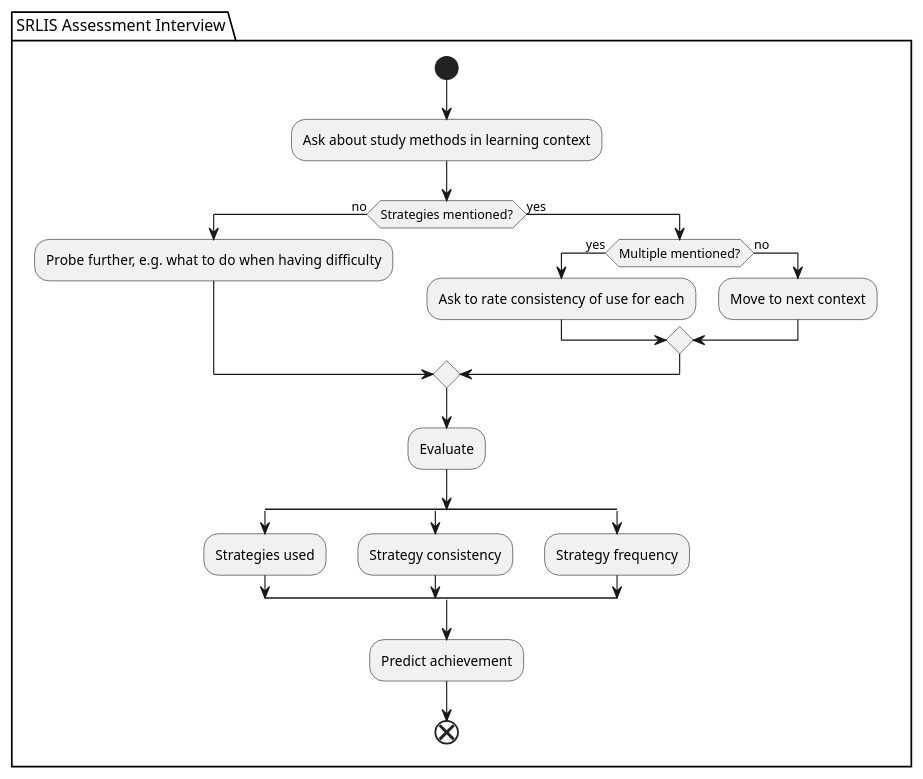
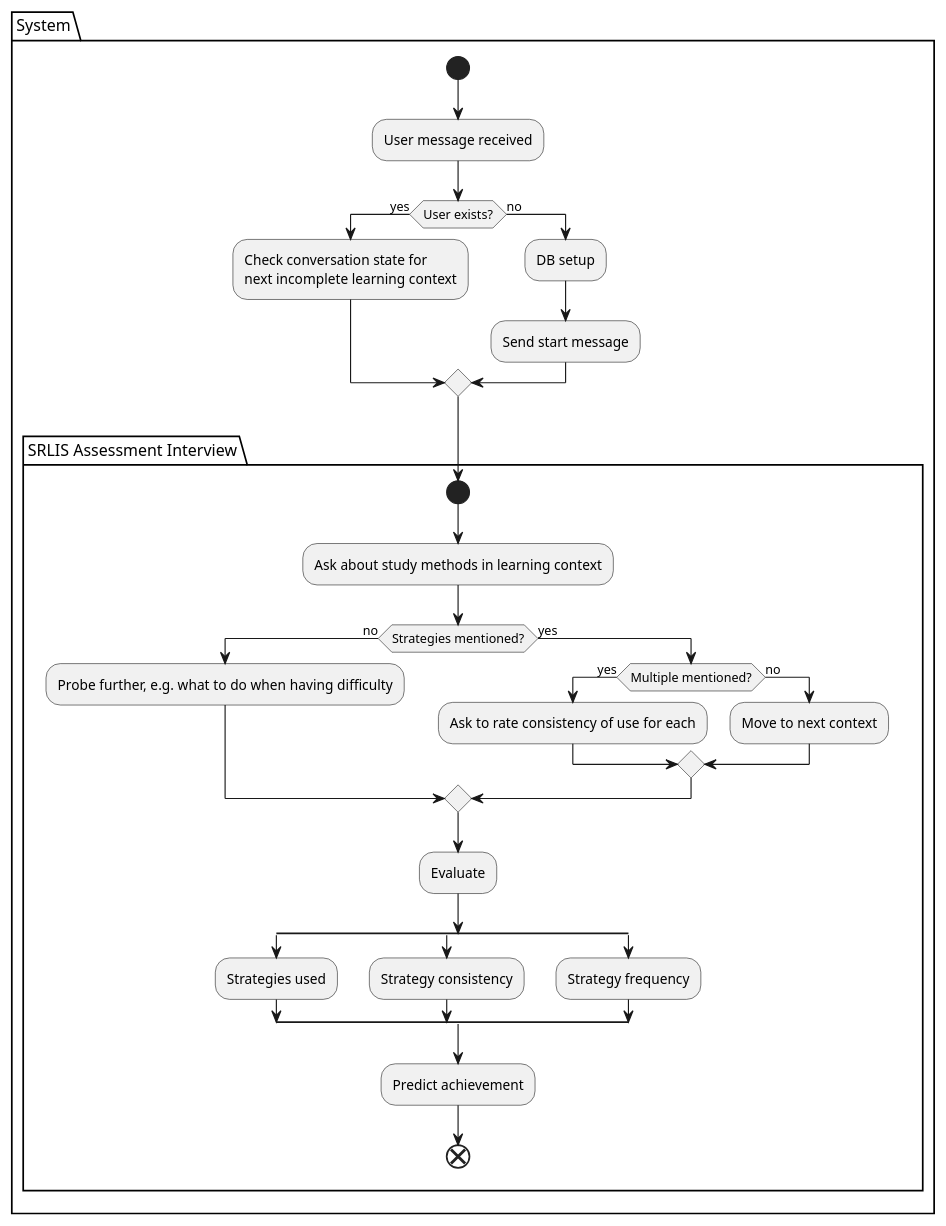
Before and after one commit to CATALPAresearch/srl-chat: the diagram in interview.puml, drawn with PlantUML. The commit also changed 7 other files, not shown here.

```diff
--- a/interview.puml
+++ b/interview.puml
@@ -1,26 +1,38 @@
 @startuml
+
+package "System"
+start
+:User message received;
+if (User exists?) then (yes)
+    :Check conversation state for
+    next incomplete learning context;
+else (no)
+    :DB setup;
+    :Send start message;
+endif
+
 package "SRLIS Assessment Interview" {
 
 start
 :Ask about study methods in learning context;
 if (Strategies mentioned?) then (no)
     :Probe further, e.g. what to do when having difficulty;
 else (yes)
     if (Multiple mentioned?) then (yes)
     :Ask to rate consistency of use for each;
     else (no)
     :Move to next context;
     endif
 endif
 :Evaluate;
 split
 :Strategies used;
 split again
 :Strategy consistency;
 split again
 :Strategy frequency;
 end split
 :Predict achievement;
 end
 }
 @enduml
```
